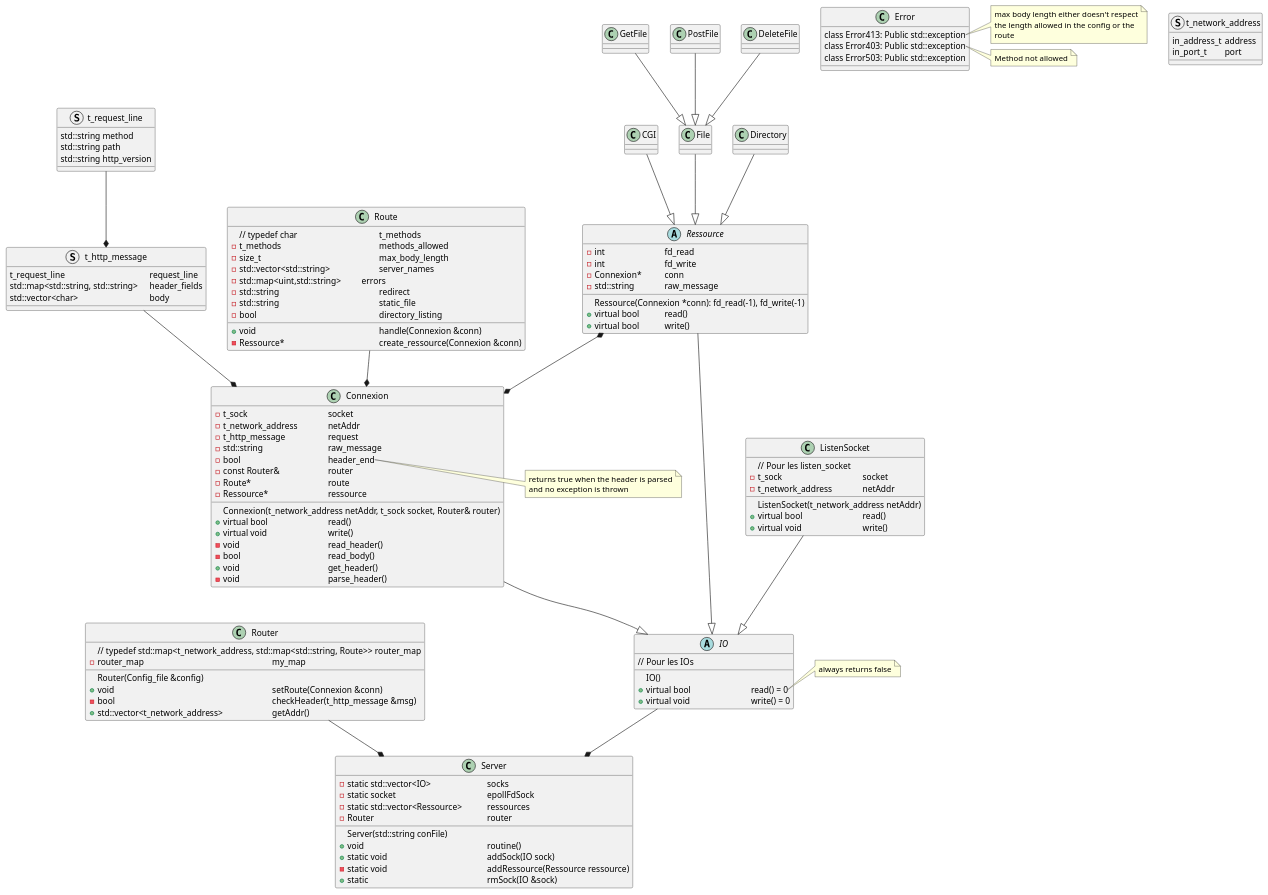
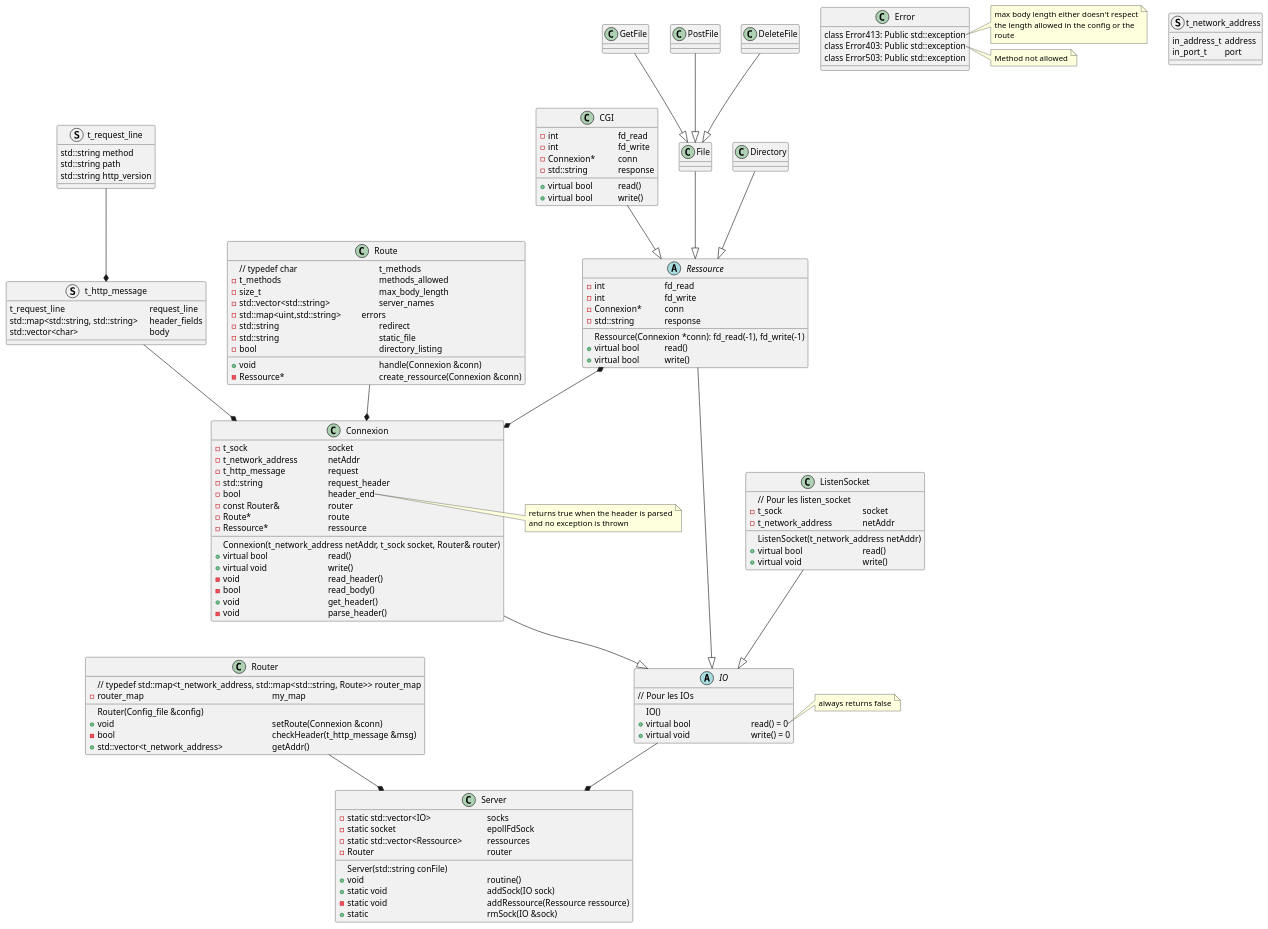
The diagram in refs/uml_scheme.plantuml (ouafabulous/webserv_42), drawn with PlantUML before and after one commit. The commit also changed 1 other file, not shown here.

Commit message:
plantuml/pseudocode update

```diff
--- a/refs/uml_scheme.plantuml
+++ b/refs/uml_scheme.plantuml
@@ -1,167 +1,171 @@
 @startuml
 'note "typedef int t_sock" as N1
 
 struct t_request_line {
 std::string method
 std::string path
 std::string http_version
 }
 
 struct t_http_message {
 t_request_line \t\t\t\t\trequest_line
 std::map<std::string, std::string> \theader_fields
 std::vector<char> \t\t\t\tbody
 }
 
 struct t_network_address {
 in_address_t	address
 in_port_t		port
 }
 
 abstract class IO {
 // Pour les IOs
 IO()
 +virtual bool \t\t\t\tread() = 0
 +virtual void \t\t\t\twrite() = 0
 }
 note right of IO::read
 always returns false
 endnote
 
 class ListenSocket {
 // Pour les listen_socket
 -t_sock \t\t\t\t\tsocket
 -t_network_address		netAddr
 ListenSocket(t_network_address netAddr)
 +virtual bool \t\t\t\tread()
 +virtual void \t\t\t\twrite()
 }
 
 class Connexion {
 -t_sock \t\t\t\t\tsocket
 -t_network_address		netAddr
 -t_http_message\t\t\trequest
--std::string \t\t\t\traw_message
+-std::string \t\t\t\trequest_header
 -bool \t\t\t\t\theader_end
 -const Router&	\t\trouter
 -Route*\t\t\t\t\troute
 ' -catch Error:Error413
 ' -catch Error:Error403
 -Ressource*\t\t\t\tressource
 Connexion(t_network_address netAddr, t_sock socket, Router& router)
 +virtual bool \t\t\t\tread()
 +virtual void \t\t\t\twrite()
 -void \t\t\t\t\tread_header()
 -bool \t\t\t\t\tread_body()
 +void \t\t\t\t\tget_header()
 -void \t\t\t\t\tparse_header()
 }
 note right of Connexion::header_end
 returns true when the header is parsed
 and no exception is thrown
 endnote
 
 class Server {
 Server(std::string conFile)
 -static std::vector<IO>\t\t\t\tsocks
 -static socket\t\t\t\t\t\tepollFdSock
 -static std::vector<Ressource> \t\tressources
 -Router \t\t\t\t\t\t\trouter
 +void\t\t\t\t\t\t\t\troutine()
 +static void\t\t\t\t\t\taddSock(IO sock)
 -static void\t\t\t\t\t\taddRessource(Ressource ressource)
 +static \t\t\t\t\t\t\trmSock(IO &sock)
 }
 
 class Router{
 // typedef std::map<t_network_address, std::map<std::string, Route>> router_map
 Router(Config_file &config)
 -router_map 								my_map
 +void 									setRoute(Connexion &conn)
 -bool 									checkHeader(t_http_message &msg)
 +std::vector<t_network_address>			getAddr()
 
 }
 note right of Router::set_route
 Ne set route que si prerequisites are good
 endnote
 
 class Route{
  // typedef char \t\t\t\t\tt_methods
 -t_methods \t\\t\t\t\t\tmethods_allowed
 -size_t \t\t\t\t\t\t\tmax_body_length
 -std::vector<std::string>   \t\t\tserver_names
 -std::map<uint,std::string> \t\terrors
 -std::string \t\t\t\t\t\tredirect
 -std::string \t\t\t\t\t\tstatic_file
 -bool \t\t\t\t\t\t\tdirectory_listing
 
 +void \t\t\t\t\t\t\thandle(Connexion &conn)
 -Ressource* \t\t\t\t\t\tcreate_ressource(Connexion &conn)
 }
 
 Abstract class Ressource{
 Ressource(Connexion *conn): fd_read(-1), fd_write(-1)
 -int \t\t\t\tfd_read
 -int \t\t\t\tfd_write
 -Connexion* \t\tconn
--std::string \t\traw_message
+-std::string \t\tresponse
 +virtual bool \t\tread()
 +virtual bool \t\twrite()
 }
 
 class	CGI{
-	' catch Error::Error503
-
+-int \t\t\t\tfd_read
+-int \t\t\t\tfd_write
+-Connexion* \t\tconn
+-std::string \t\tresponse
++virtual bool \t\tread()
++virtual bool \t\twrite()
 }
 
 class 	File{
 
 }
 
 class 	GetFile{
 
 }
 class 	PostFile{
 
 }
 class 	DeleteFile{
 
 }
 GetFile --|> File
 PostFile --|> File
 DeleteFile --|> File
 
 class	Directory{
 
 }
 
 class Error{
 class Error413: Public std::exception
 class Error403: Public std::exception
 class Error503: Public std::exception
 }
 note right of Error::Error413
 max body length either doesn't respect
 the length allowed in the config or the
 route
 endnote
 note right of Error::Error403
 Method not allowed
 endnote
 
 ListenSocket --|> IO
 Ressource --|> IO
 Ressource *--* Connexion
 CGI--|> Ressource
 File--|> Ressource
 Directory--|> Ressource
 Connexion --|> IO
 IO --* Server
 Route --* Connexion
 t_request_line --* t_http_message
 t_http_message --* Connexion
 Router --* Server
 't_network_address --* Connexion
 't_network_address --* ListenSocket
 @enduml
```
